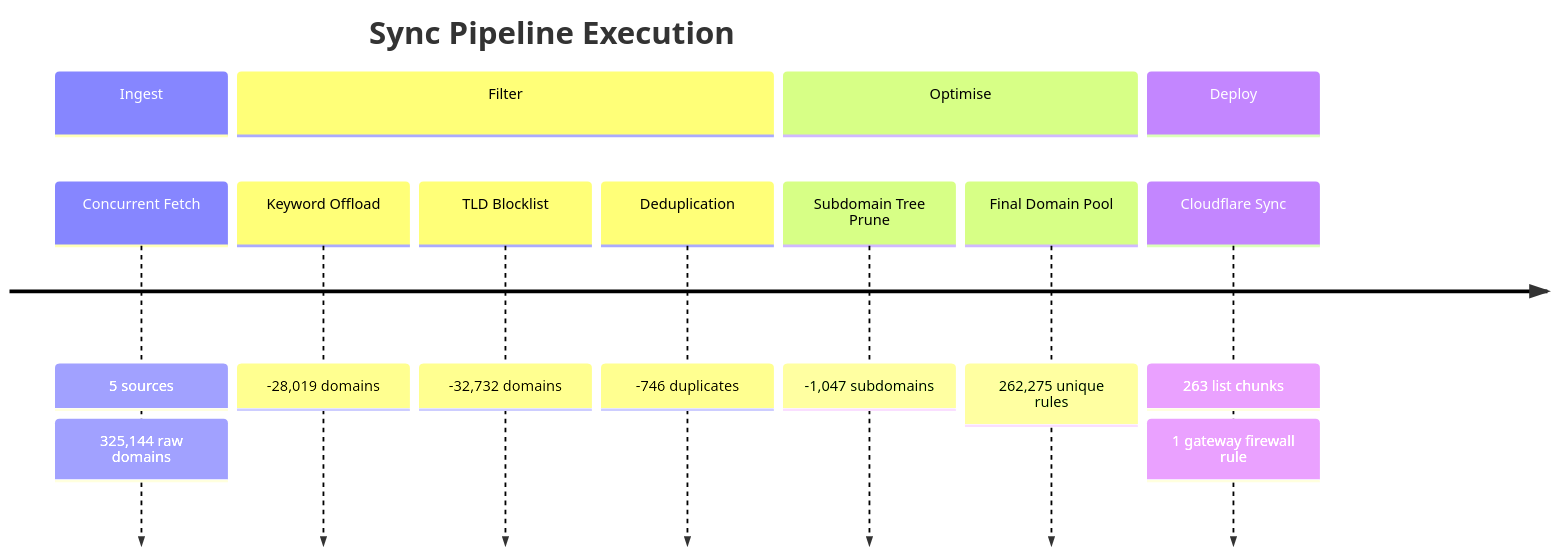
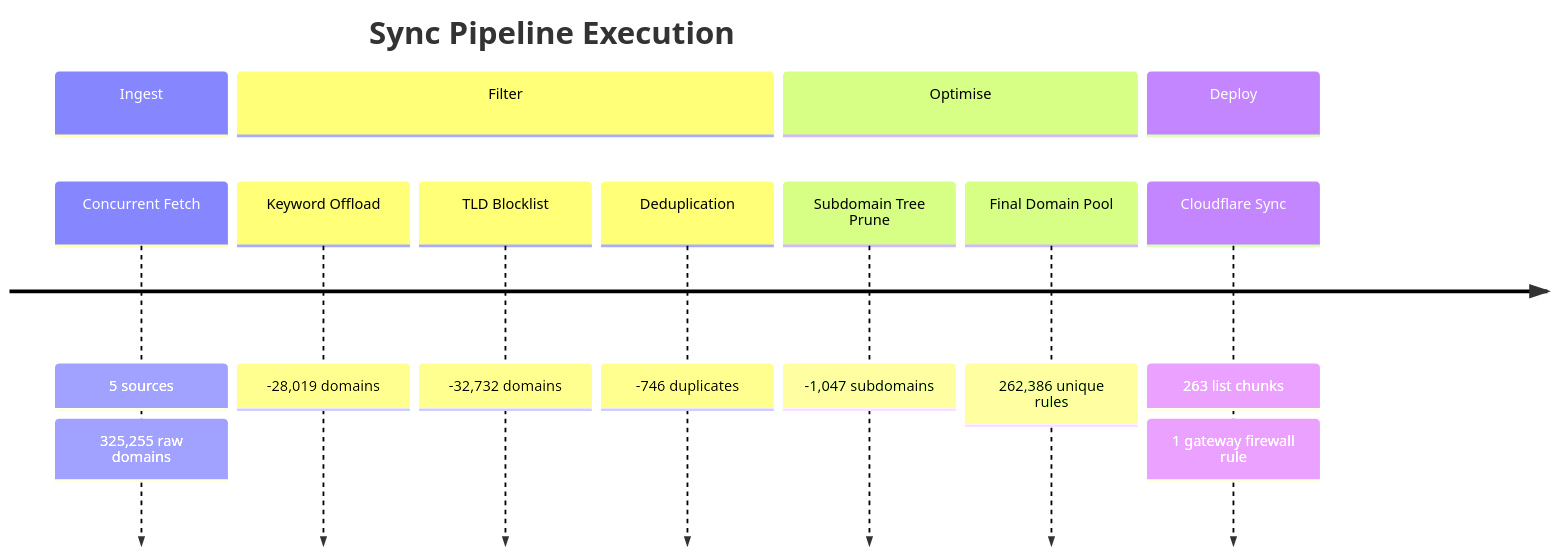
Before and after one commit to brojangles24/Cloudflare-ZeroTrust-AdBlock: the second of 6 diagrams in README_STATS.md, drawn with Mermaid. The commit also changed other lines of this file and 1 other file, not shown here.

````diff
--- a/README_STATS.md
+++ b/README_STATS.md
@@ -54,17 +54,17 @@
 ```mermaid
 timeline
     title Sync Pipeline Execution
     section Ingest
         Concurrent Fetch   : 5 sources
-                           : 325,144 raw domains
+                           : 325,255 raw domains
     section Filter
         Keyword Offload    : -28,019 domains
         TLD Blocklist      : -32,732 domains
         Deduplication      : -746 duplicates
     section Optimise
         Subdomain Tree Prune : -1,047 subdomains
-        Final Domain Pool    : 262,275 unique rules
+        Final Domain Pool    : 262,386 unique rules
     section Deploy
         Cloudflare Sync    : 263 list chunks
                            : 1 gateway firewall rule
 ```
````
